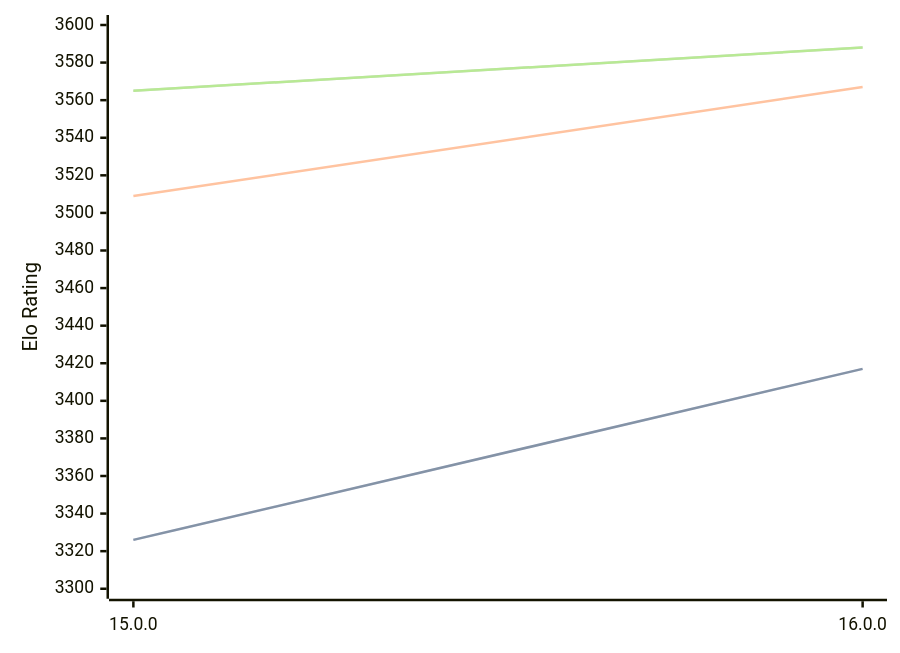
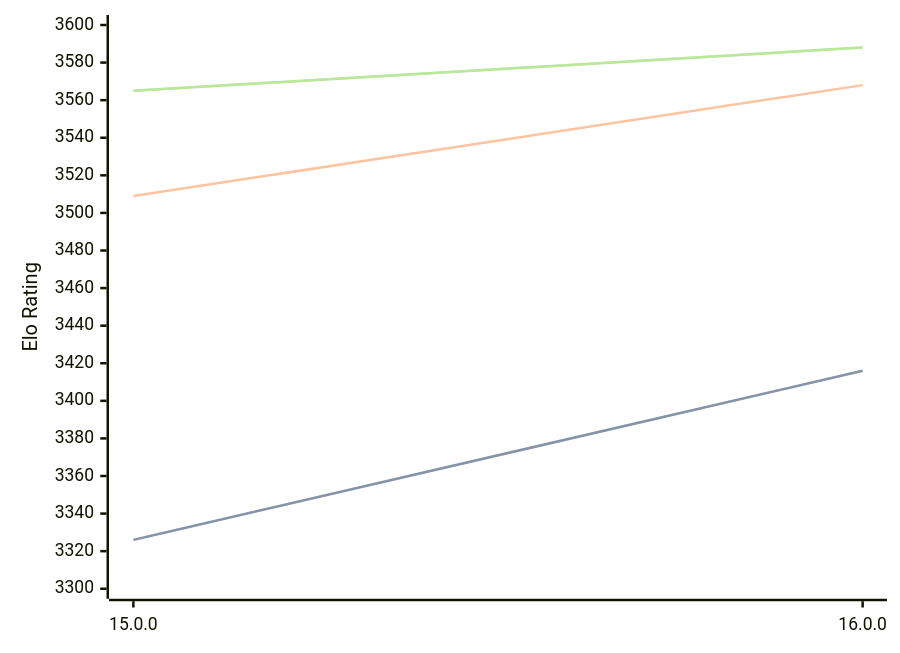
One commit to computer-chess-index/cci changed the diagram in engines/Halogen.md. Above: the diagram before and after it, drawn with Mermaid. The commit also changed other lines of this file, not shown here.

Commit message:
Update CCI Ratings (ELO VLTC) - 2026-02-22

````diff
--- a/engines/Halogen.md
+++ b/engines/Halogen.md
@@ -47,11 +47,11 @@
 ```mermaid
 %%{init: {"theme":"base","themeVariables":{"seriesColors:['#a3a3a3','#222221','#faa371']}}}%%
 xychart-beta
   x-axis ["15.0.0", "16.0.0"]
   y-axis "Elo Rating" 3300 --> 3600
-  line "STC (8.0+0.08s)" [3326, 3417]
-  line "STC (8.0+0.08s)" [3326, 3417]
-  line "LTC (60.0+0.60s)" [3509, 3567]
+  line "STC (8.0+0.08s)" [3326, 3416]
+  line "STC (8.0+0.08s)" [3326, 3416]
+  line "LTC (60.0+0.60s)" [3509, 3568]
   line "VLTC (2m24s+1.12s)" [3565, 3588]
   line "VLTC (2m24s+1.12s)" [3565, 3588]
 ```
````
